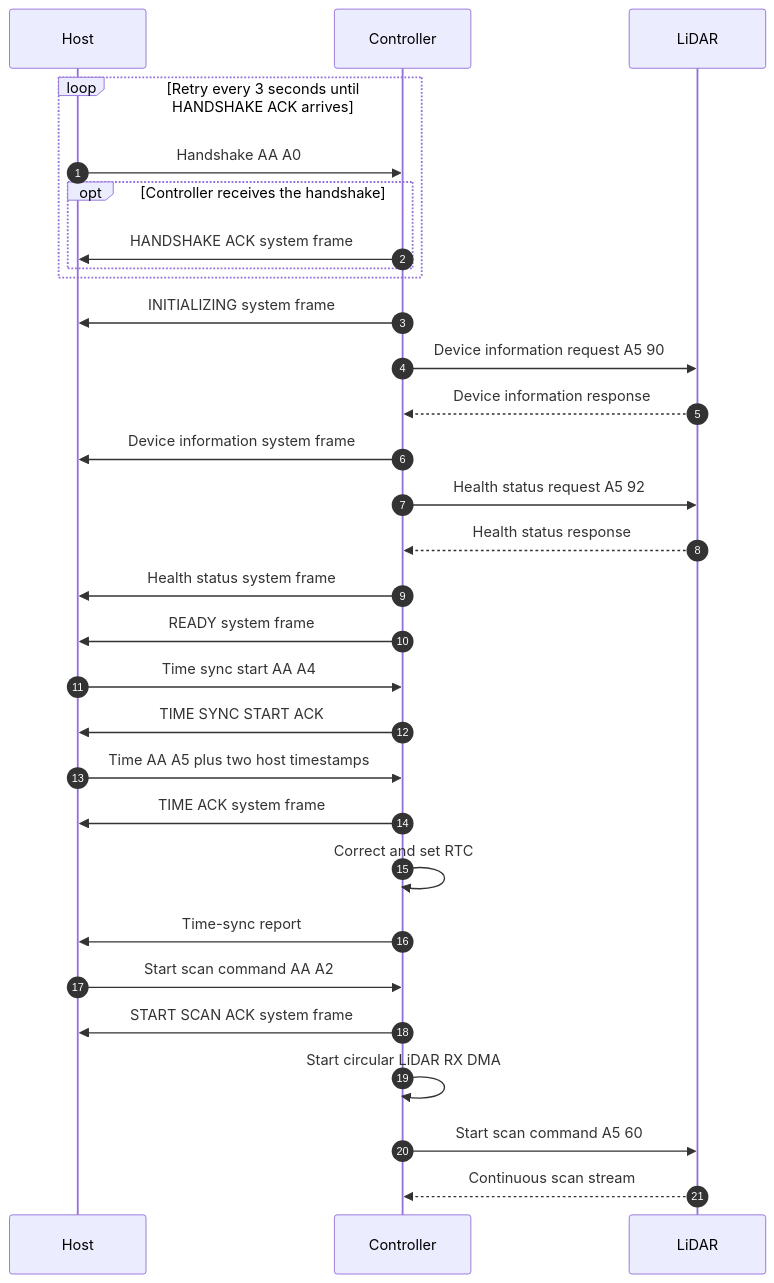
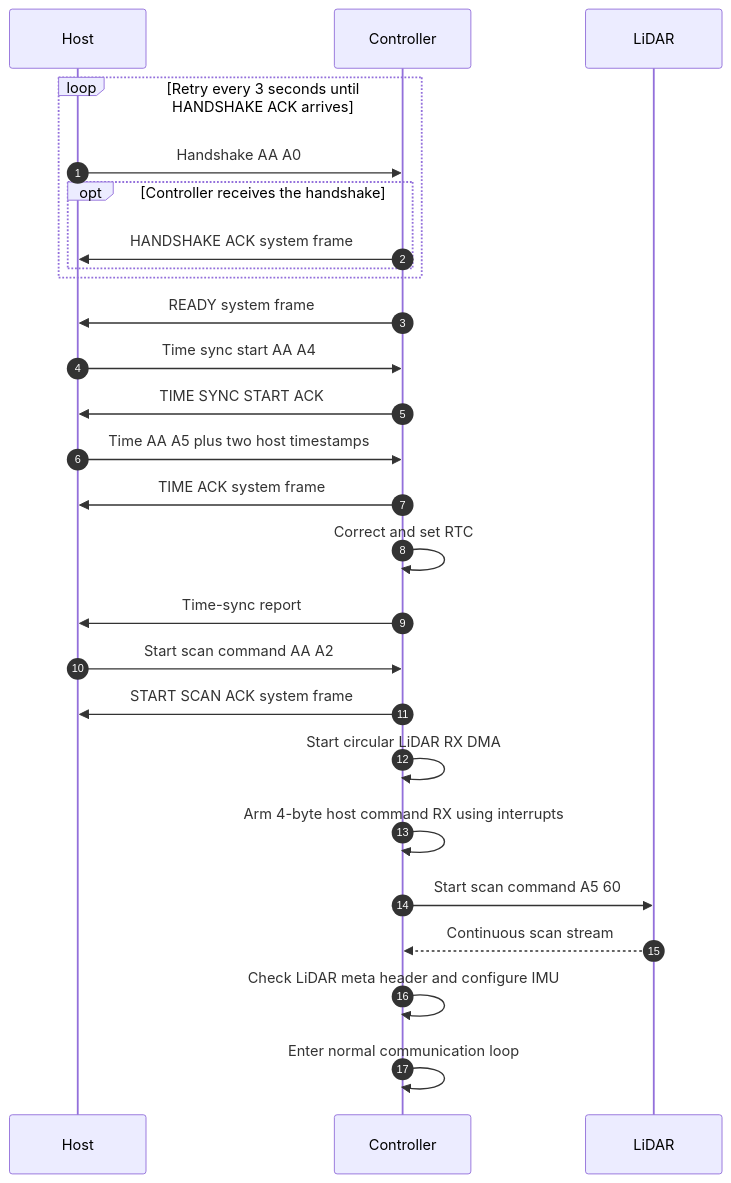
Before and after one commit to kei185/sensor-echo: the first of 5 diagrams in docs/frame.md, drawn with Mermaid. The commit also changed other lines of this file and 20 other files, not shown here.

````diff
--- a/docs/frame.md
+++ b/docs/frame.md
@@ -13,33 +14,29 @@
 ```mermaid
 sequenceDiagram
     autonumber
     participant Host
     participant Controller
     participant LiDAR
 
     loop Retry every 3 seconds until HANDSHAKE ACK arrives
         Host->>Controller: Handshake AA A0
         opt Controller receives the handshake
             Controller->>Host: HANDSHAKE ACK system frame
         end
     end
-    Controller->>Host: INITIALIZING system frame
-    Controller->>LiDAR: Device information request A5 90
-    LiDAR-->>Controller: Device information response
-    Controller->>Host: Device information system frame
-    Controller->>LiDAR: Health status request A5 92
-    LiDAR-->>Controller: Health status response
-    Controller->>Host: Health status system frame
     Controller->>Host: READY system frame
     Host->>Controller: Time sync start AA A4
     Controller->>Host: TIME SYNC START ACK
     Host->>Controller: Time AA A5 plus two host timestamps
     Controller->>Host: TIME ACK system frame
     Controller->>Controller: Correct and set RTC
     Controller->>Host: Time-sync report
     Host->>Controller: Start scan command AA A2
     Controller->>Host: START SCAN ACK system frame
     Controller->>Controller: Start circular LiDAR RX DMA
+    Controller->>Controller: Arm 4-byte host command RX using interrupts
     Controller->>LiDAR: Start scan command A5 60
     LiDAR-->>Controller: Continuous scan stream
+    Controller->>Controller: Check LiDAR meta header and configure IMU
+    Controller->>Controller: Enter normal communication loop
 ```
````
